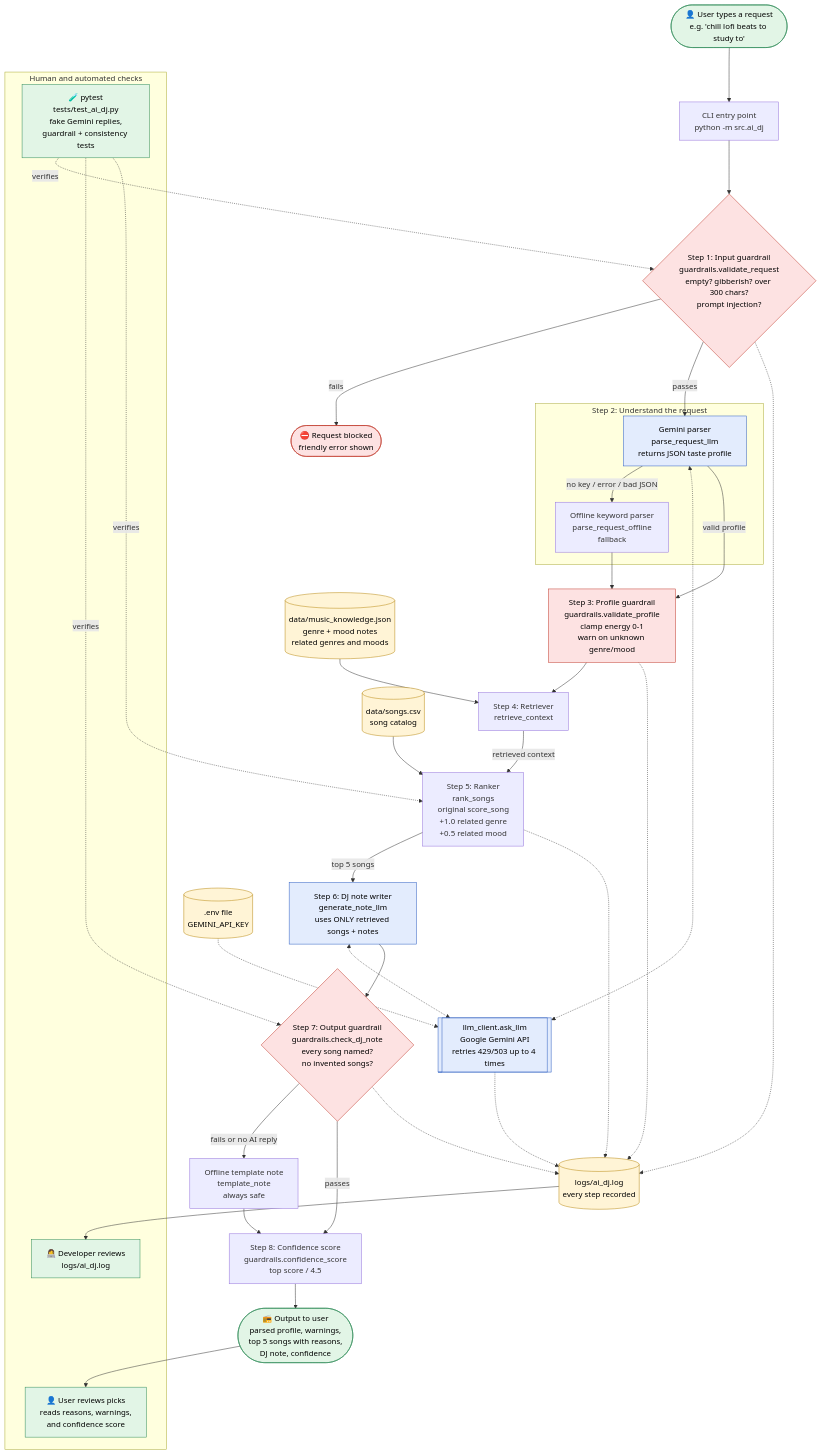
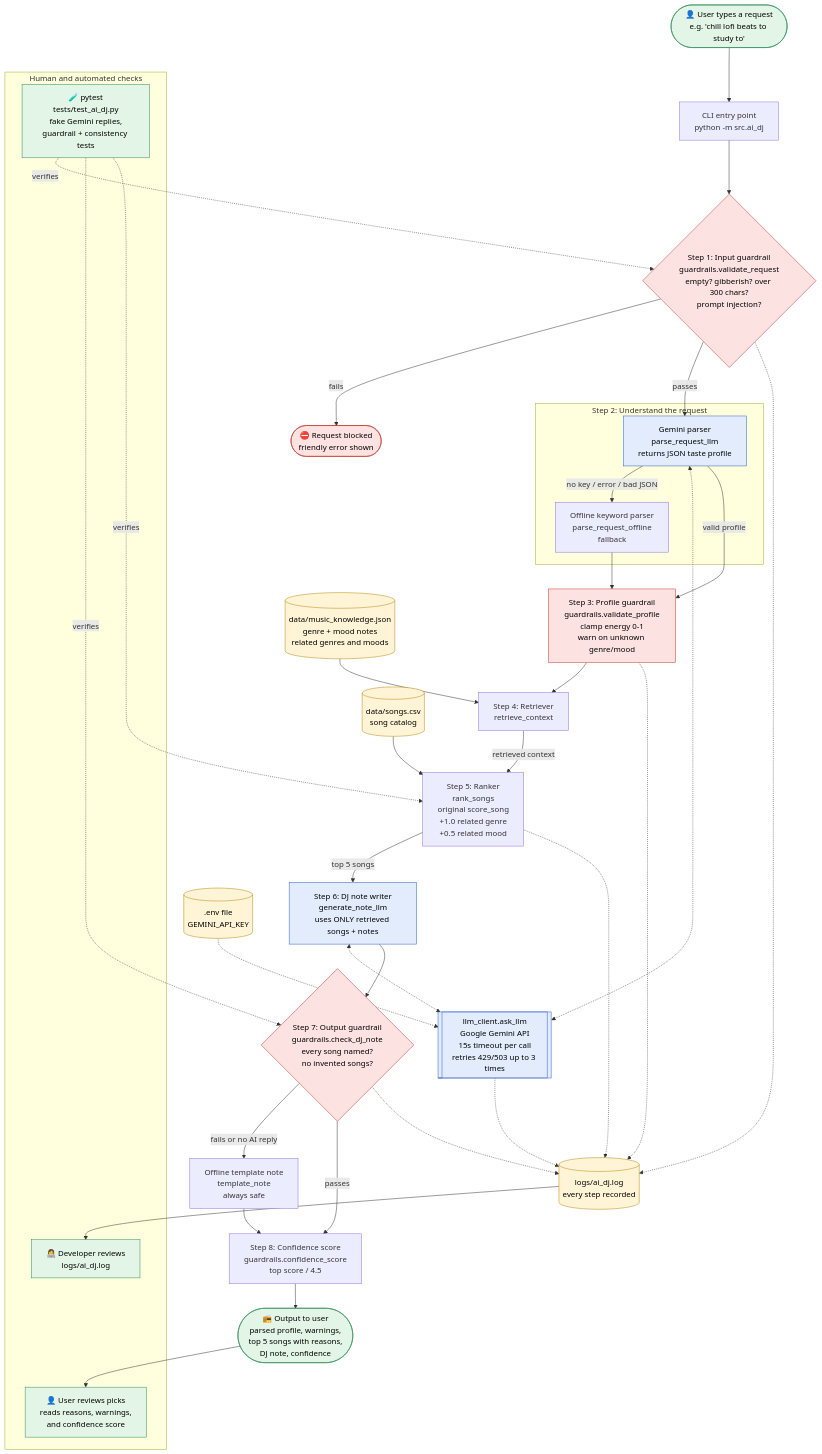
Before and after one commit to laylahadley/applied-ai-system-final: the diagram in diagrams/architecture.mmd, drawn with Mermaid. The commit also changed 4 other files, not shown here.

Commit message:
Add 15-second timeout so a frozen Gemini call can never hang the app

```diff
--- a/diagrams/architecture.mmd
+++ b/diagrams/architecture.mmd
@@ -1,92 +1,92 @@
 %% AI DJ - System Architecture
 %% Matches the code in src/ai_dj.py, src/guardrails.py, src/llm_client.py, src/recommender.py
 flowchart TD
     %% ---------- INPUT ----------
     U(["👤 User types a request<br/>e.g. 'chill lofi beats to study to'"])
     CLI["CLI entry point<br/>python -m src.ai_dj"]
     U --> CLI
 
     %% ---------- STEP 1: INPUT GUARDRAIL ----------
     G1{"Step 1: Input guardrail<br/>guardrails.validate_request<br/>empty? gibberish? over 300 chars?<br/>prompt injection?"}
     CLI --> G1
     BLOCK(["⛔ Request blocked<br/>friendly error shown"])
     G1 -- "fails" --> BLOCK
 
     %% ---------- STEP 2: UNDERSTAND ----------
     subgraph UNDERSTAND["Step 2: Understand the request"]
         P1["Gemini parser<br/>parse_request_llm<br/>returns JSON taste profile"]
         P2["Offline keyword parser<br/>parse_request_offline<br/>fallback"]
     end
     G1 -- "passes" --> P1
     P1 -- "no key / error / bad JSON" --> P2
 
     %% ---------- GEMINI CLIENT ----------
-    LLM[["llm_client.ask_llm<br/>Google Gemini API<br/>retries 429/503 up to 4 times"]]
+    LLM[["llm_client.ask_llm<br/>Google Gemini API<br/>15s timeout per call<br/>retries 429/503 up to 3 times"]]
     ENV[(".env file<br/>GEMINI_API_KEY")]
     ENV -.-> LLM
     P1 <-.-> LLM
 
     %% ---------- STEP 3: PROFILE GUARDRAIL ----------
     G2["Step 3: Profile guardrail<br/>guardrails.validate_profile<br/>clamp energy 0-1<br/>warn on unknown genre/mood"]
     P1 -- "valid profile" --> G2
     P2 --> G2
 
     %% ---------- STEP 4: RETRIEVE (RAG) ----------
     KB[("data/music_knowledge.json<br/>genre + mood notes<br/>related genres and moods")]
     R["Step 4: Retriever<br/>retrieve_context"]
     G2 --> R
     KB --> R
 
     %% ---------- STEP 5: RANK ----------
     CSV[("data/songs.csv<br/>song catalog")]
     RANK["Step 5: Ranker<br/>rank_songs<br/>original score_song<br/>+1.0 related genre<br/>+0.5 related mood"]
     R -- "retrieved context" --> RANK
     CSV --> RANK
 
     %% ---------- STEP 6 + 7: GENERATE AND SELF-CHECK ----------
     GEN["Step 6: DJ note writer<br/>generate_note_llm<br/>uses ONLY retrieved songs + notes"]
     RANK -- "top 5 songs" --> GEN
     GEN <-.-> LLM
     G3{"Step 7: Output guardrail<br/>guardrails.check_dj_note<br/>every song named?<br/>no invented songs?"}
     GEN --> G3
     TPL["Offline template note<br/>template_note<br/>always safe"]
     G3 -- "fails or no AI reply" --> TPL
 
     %% ---------- STEP 8: CONFIDENCE ----------
     CONF["Step 8: Confidence score<br/>guardrails.confidence_score<br/>top score / 4.5"]
     G3 -- "passes" --> CONF
     TPL --> CONF
 
     %% ---------- OUTPUT ----------
     OUT(["📻 Output to user<br/>parsed profile, warnings,<br/>top 5 songs with reasons,<br/>DJ note, confidence"])
     CONF --> OUT
 
     %% ---------- LOGGING ----------
     LOG[("logs/ai_dj.log<br/>every step recorded")]
     G1 -.-> LOG
     G2 -.-> LOG
     RANK -.-> LOG
     G3 -.-> LOG
     LLM -.-> LOG
 
     %% ---------- HUMANS AND TESTING ----------
     subgraph CHECKS["Human and automated checks"]
         HUMAN["👤 User reviews picks<br/>reads reasons, warnings,<br/>and confidence score"]
         DEV["👩‍💻 Developer reviews<br/>logs/ai_dj.log"]
         TESTS["🧪 pytest<br/>tests/test_ai_dj.py<br/>fake Gemini replies,<br/>guardrail + consistency tests"]
     end
     OUT --> HUMAN
     LOG --> DEV
     TESTS -. "verifies" .-> G1
     TESTS -. "verifies" .-> G3
     TESTS -. "verifies" .-> RANK
 
     %% ---------- STYLES ----------
     classDef guard fill:#fde2e2,stroke:#c0392b,color:#000
     classDef ai fill:#e3ecfd,stroke:#2b5cc0,color:#000
     classDef data fill:#fff4d6,stroke:#b8860b,color:#000
     classDef human fill:#e2f5e6,stroke:#2e8b57,color:#000
     class G1,G2,G3,BLOCK guard
     class P1,GEN,LLM ai
     class KB,CSV,LOG,ENV data
     class HUMAN,DEV,TESTS,U,OUT human
```
